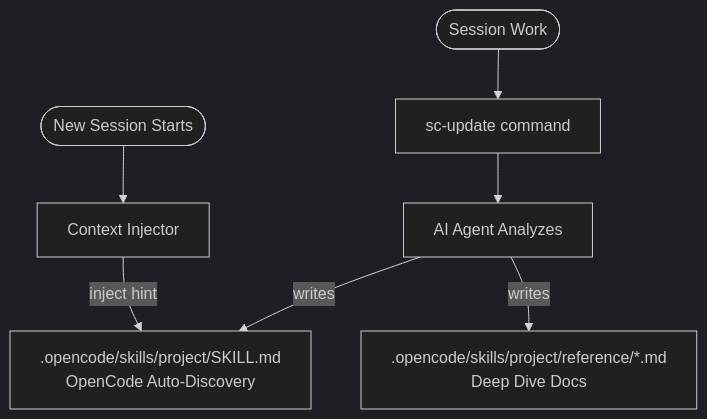
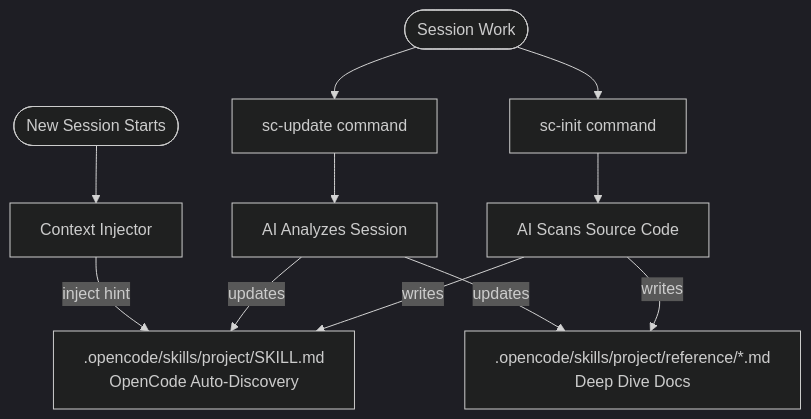
The diagram in README.md (cxOrz/smart-codebase), drawn with Mermaid (dark theme) before and after one commit. The commit also changed other lines of this file and 1 other file, not shown here.

Commit message:
docs: add sc-init command to README

````diff
--- a/README.md
+++ b/README.md
@@ -23,18 +23,24 @@
 ```mermaid
 graph TB
     Start([Session Work])
+    Init[sc-init command]
     Update[sc-update command]
-    Agent[AI Agent Analyzes]
+    InitAgent[AI Scans Source Code]
+    UpdateAgent[AI Analyzes Session]
     SkillFile[.opencode/skills/project/SKILL.md<br/>OpenCode Auto-Discovery]
     RefFiles[.opencode/skills/project/reference/*.md<br/>Deep Dive Docs]
     NewSession([New Session Starts])
     Injector[Context Injector]
     
+    Start --> Init
     Start --> Update
-    Update --> Agent
-    Agent -->|writes| SkillFile
-    Agent -->|writes| RefFiles
+    Init --> InitAgent
+    Update --> UpdateAgent
+    InitAgent -->|writes| SkillFile
+    InitAgent -->|writes| RefFiles
+    UpdateAgent -->|updates| SkillFile
+    UpdateAgent -->|updates| RefFiles
     
     NewSession --> Injector
     Injector -->|inject hint| SkillFile
 ```
````
